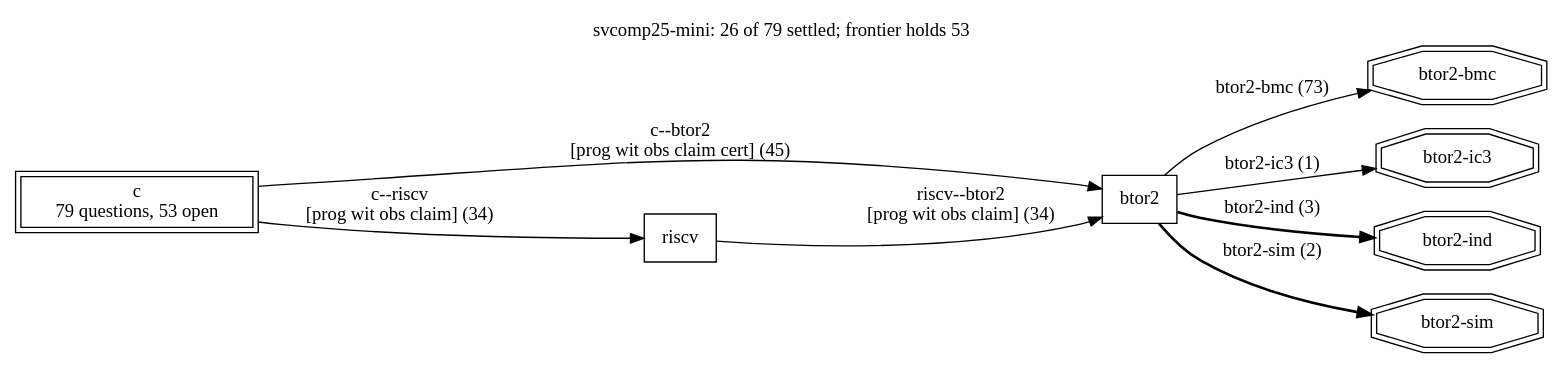
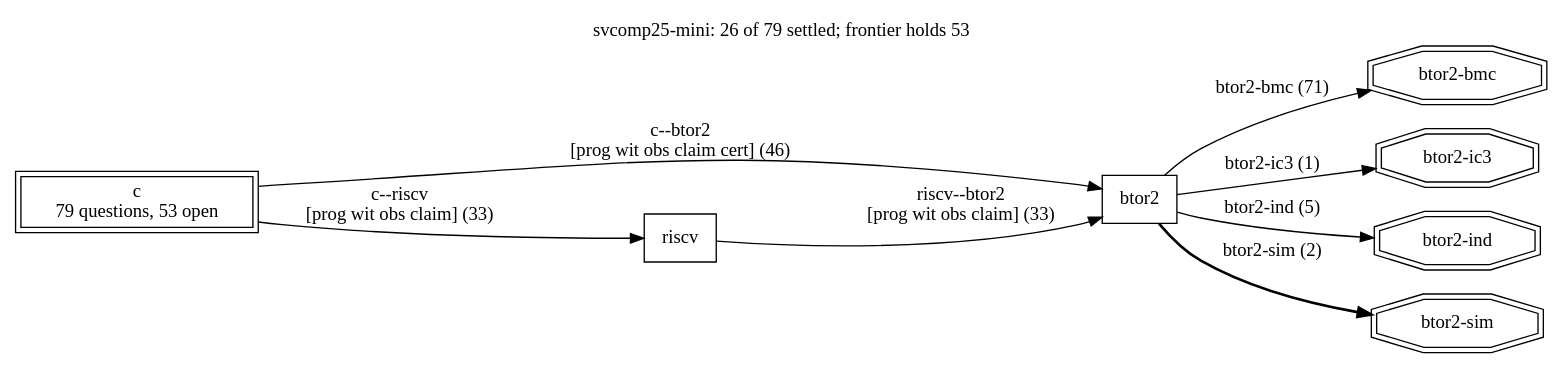
The diagram in runs/svcomp25-mini/frontier.dot (cksystemsgroup/hurdy-gurdy), drawn with Graphviz before and after one commit. The commit also changed 169 other files, not shown here.

```diff
--- a/runs/svcomp25-mini/frontier.dot
+++ b/runs/svcomp25-mini/frontier.dot
@@ -1,19 +1,19 @@
 digraph "svcomp25-mini" {
   rankdir=LR; labelloc=t;
   label="svcomp25-mini: 26 of 79 settled; frontier holds 53";
   node [shape=box];
   "btor2";
   "c" [peripheries=2, label="c\n79 questions, 53 open"];
   "riscv";
-  "c" -> "btor2" [style=solid, label="c--btor2\n[prog wit obs claim cert] (45)"];
-  "c" -> "riscv" [style=solid, label="c--riscv\n[prog wit obs claim] (34)"];
-  "riscv" -> "btor2" [style=solid, label="riscv--btor2\n[prog wit obs claim] (34)"];
+  "c" -> "btor2" [style=solid, label="c--btor2\n[prog wit obs claim cert] (46)"];
+  "c" -> "riscv" [style=solid, label="c--riscv\n[prog wit obs claim] (33)"];
+  "riscv" -> "btor2" [style=solid, label="riscv--btor2\n[prog wit obs claim] (33)"];
   "search:btor2-bmc" [shape=doubleoctagon, label="btor2-bmc"];
-  "btor2" -> "search:btor2-bmc" [style=solid, label="btor2-bmc (73)"];
+  "btor2" -> "search:btor2-bmc" [style=solid, label="btor2-bmc (71)"];
   "search:btor2-ic3" [shape=doubleoctagon, label="btor2-ic3"];
   "btor2" -> "search:btor2-ic3" [style=solid, label="btor2-ic3 (1)"];
   "search:btor2-ind" [shape=doubleoctagon, label="btor2-ind"];
-  "btor2" -> "search:btor2-ind" [style=bold, label="btor2-ind (3)"];
+  "btor2" -> "search:btor2-ind" [style=solid, label="btor2-ind (5)"];
   "search:btor2-sim" [shape=doubleoctagon, label="btor2-sim"];
   "btor2" -> "search:btor2-sim" [style=bold, label="btor2-sim (2)"];
 }
```
